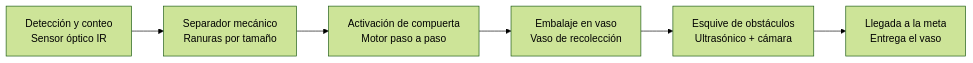
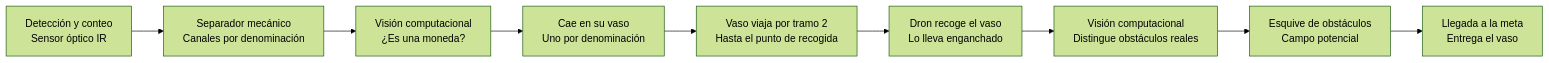
The second of 3 diagrams in README.md (Lina584/SegundoParcialMonedas), drawn with Mermaid (forest theme) before and after one commit. The commit also changed other lines of this file, not shown here.

First line of the commit message:
Revise project overview and update architecture details

````diff
--- a/README.md
+++ b/README.md
@@ -18,8 +19,11 @@
 ```mermaid
 flowchart LR
-    P1["Detección y conteo<br/>Sensor óptico IR"] --> P2["Separador mecánico<br/>Ranuras por tamaño"]
-    P2 --> P3["Activación de compuerta<br/>Motor paso a paso"]
-    P3 --> P4["Embalaje en vaso<br/>Vaso de recolección"]
-    P4 --> P5["Esquive de obstáculos<br/>Ultrasónico + cámara"]
-    P5 --> P6["Llegada a la meta<br/>Entrega el vaso"]
+    P1["Detección y conteo<br/>Sensor óptico IR"] --> P2["Separador mecánico<br/>Canales por denominación"]
+    P2 --> P3["Visión computacional<br/>¿Es una moneda?"]
+    P3 --> P4["Cae en su vaso<br/>Uno por denominación"]
+    P4 --> P5["Vaso viaja por tramo 2<br/>Hasta el punto de recogida"]
+    P5 --> P6["Dron recoge el vaso<br/>Lo lleva enganchado"]
+    P6 --> P7["Visión computacional<br/>Distingue obstáculos reales"]
+    P7 --> P8["Esquive de obstáculos<br/>Campo potencial"]
+    P8 --> P9["Llegada a la meta<br/>Entrega el vaso"]
 ```
````
